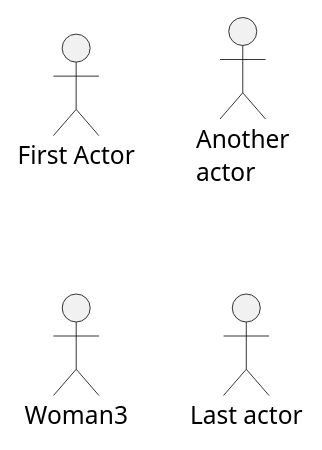
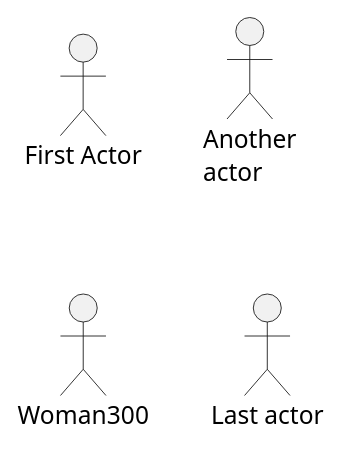
Before and after one commit to weichware10/meilensteine: the diagram in meilenstein_05/.template/usecase-{modul}/usecase-{modul}.puml, drawn with PlantUML.

Commit message:
now with real changes

```diff
--- a/meilenstein_05/.template/usecase-{modul}/usecase-{modul}.puml
+++ b/meilenstein_05/.template/usecase-{modul}/usecase-{modul}.puml
@@ -1,8 +1,8 @@
 @startuml {modul}
 
 :First Actor:
 :Another\nactor: as Man2
-actor Woman3
+actor Woman300
 actor :Last actor: as Person100
 
 @enduml
```
